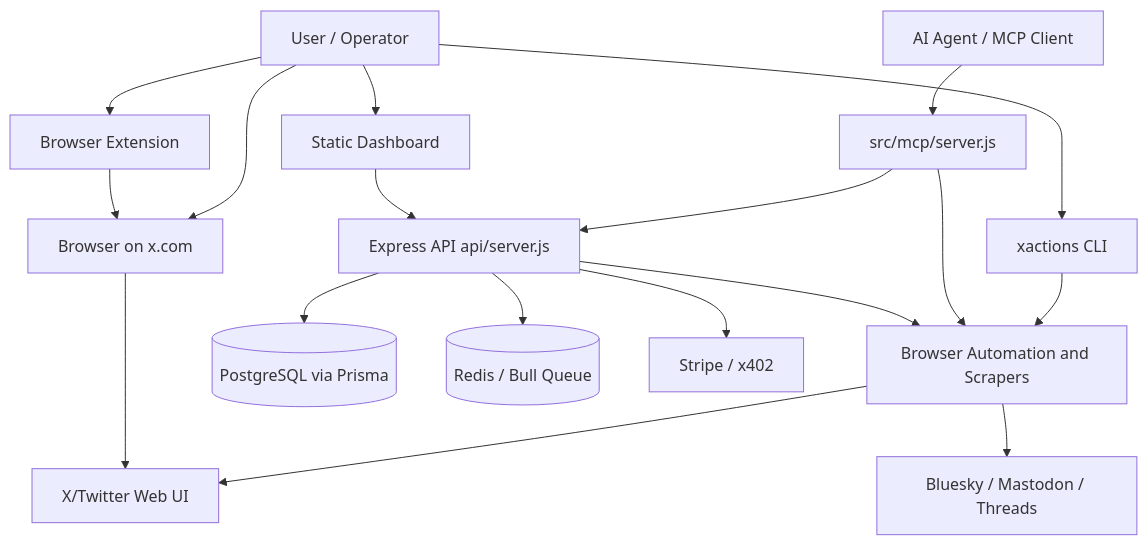
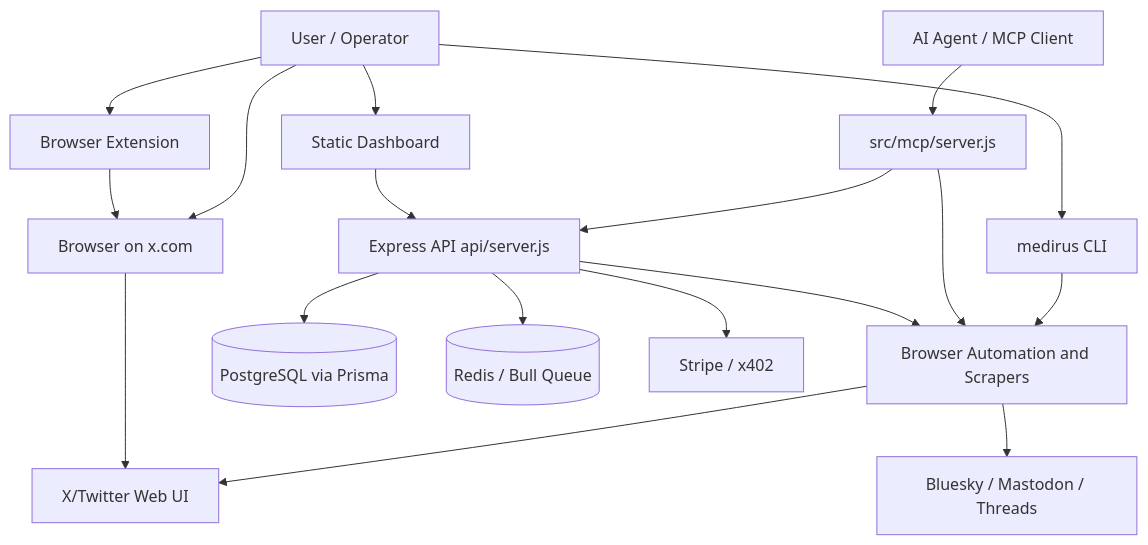
The first of 2 diagrams in _bmad-output/planning-artifacts/archive/architecture-brownfield-2026-08-20.md (deptrai/XActions), drawn with Mermaid before and after one commit. The commit also changed other lines of this file and 2613 other files, not shown here.

First line of the commit message:
chore(rename): XActions -> medirus content bulk replace (phase 2/2)

````diff
--- a/_bmad-output/planning-artifacts/archive/architecture-brownfield-2026-08-20.md
+++ b/_bmad-output/planning-artifacts/archive/architecture-brownfield-2026-08-20.md
@@ -64,35 +64,35 @@
 ```mermaid
 flowchart TB
   User["User / Operator"]
   Agent["AI Agent / MCP Client"]
   Browser["Browser on x.com"]
-  CLI["xactions CLI"]
+  CLI["medirus CLI"]
   Dashboard["Static Dashboard"]
   Extension["Browser Extension"]
   MCP["src/mcp/server.js"]
   API["Express API api/server.js"]
   Automation["Browser Automation and Scrapers"]
   DB[("PostgreSQL via Prisma")]
   Redis[("Redis / Bull Queue")]
   X["X/Twitter Web UI"]
   Other["Bluesky / Mastodon / Threads"]
   Payments["Stripe / x402"]
 
   User --> CLI
   User --> Dashboard
   User --> Extension
   User --> Browser
   Agent --> MCP
   CLI --> Automation
   MCP --> Automation
   MCP --> API
   Dashboard --> API
   Extension --> Browser
   API --> Automation
   API --> DB
   API --> Redis
   API --> Payments
   Automation --> X
   Automation --> Other
   Browser --> X
 ```
````
